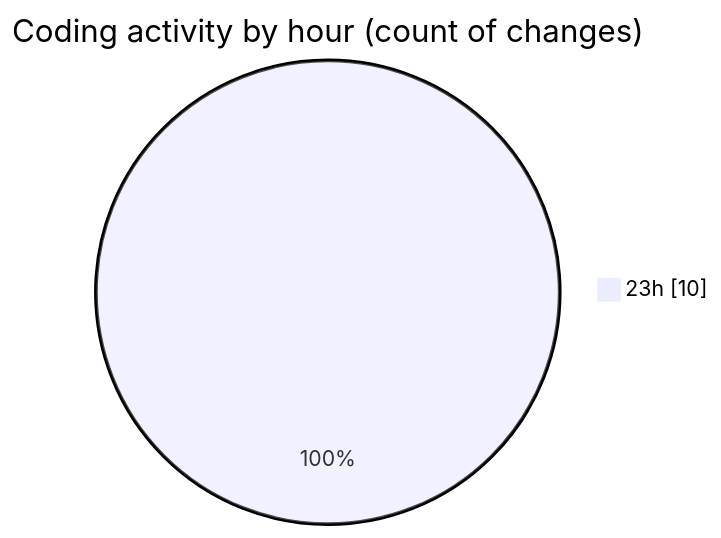
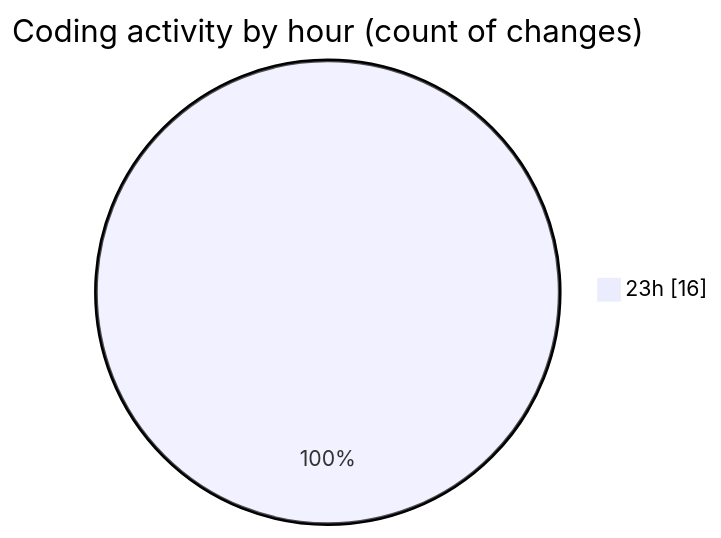
The second of 2 diagrams in 2026-10-06/taskforge/README.md (hasnaa123/code-tracking), drawn with Mermaid before and after one commit. The commit also changed other lines of this file and 1 other file, not shown here.

````diff
--- a/2026-10-06/taskforge/README.md
+++ b/2026-10-06/taskforge/README.md
@@ -29,5 +29,5 @@
 ```mermaid
 pie showData
 title Coding activity by hour (count of changes)
-"23h" : 10
+"23h" : 16
 ```
````
